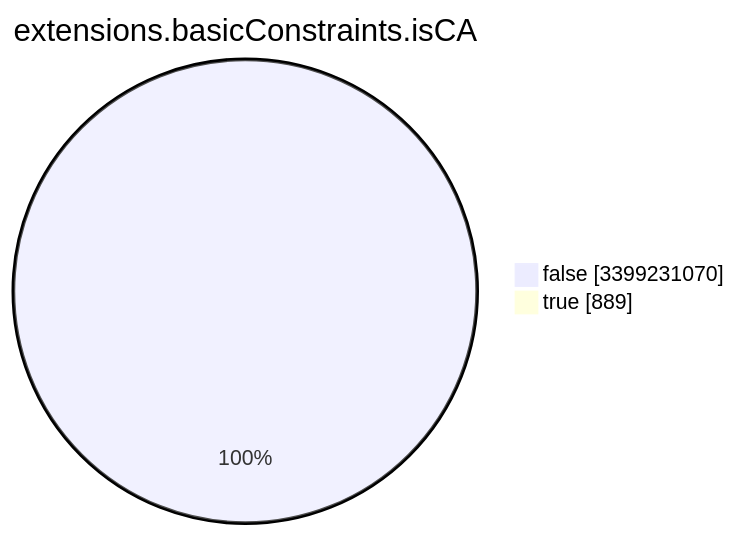
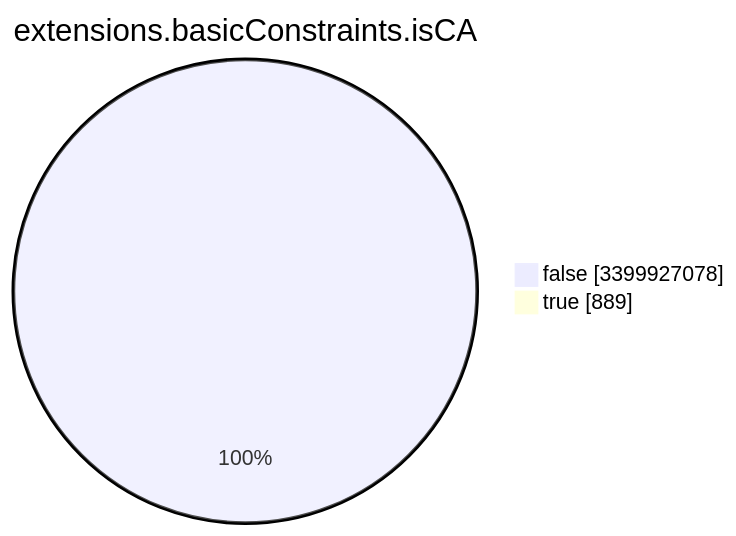
Before and after one commit to christiankrug/ctmonitor_visualization: the seventh of 15 diagrams in TOTAL/README.md, drawn with Mermaid. The commit also changed other lines of this file, not shown here.

````diff
--- a/TOTAL/README.md
+++ b/TOTAL/README.md
@@ -3091,6 +3091,6 @@
 ```mermaid
 pie showData
 title extensions.basicConstraints.isCA
-"false" :3399231070
+"false" :3399927078
 "true" :889
 ```
````
